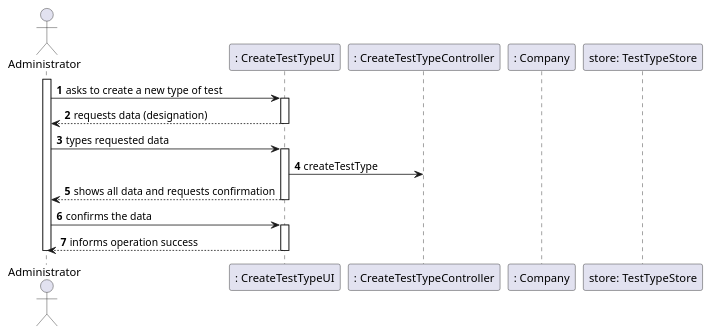
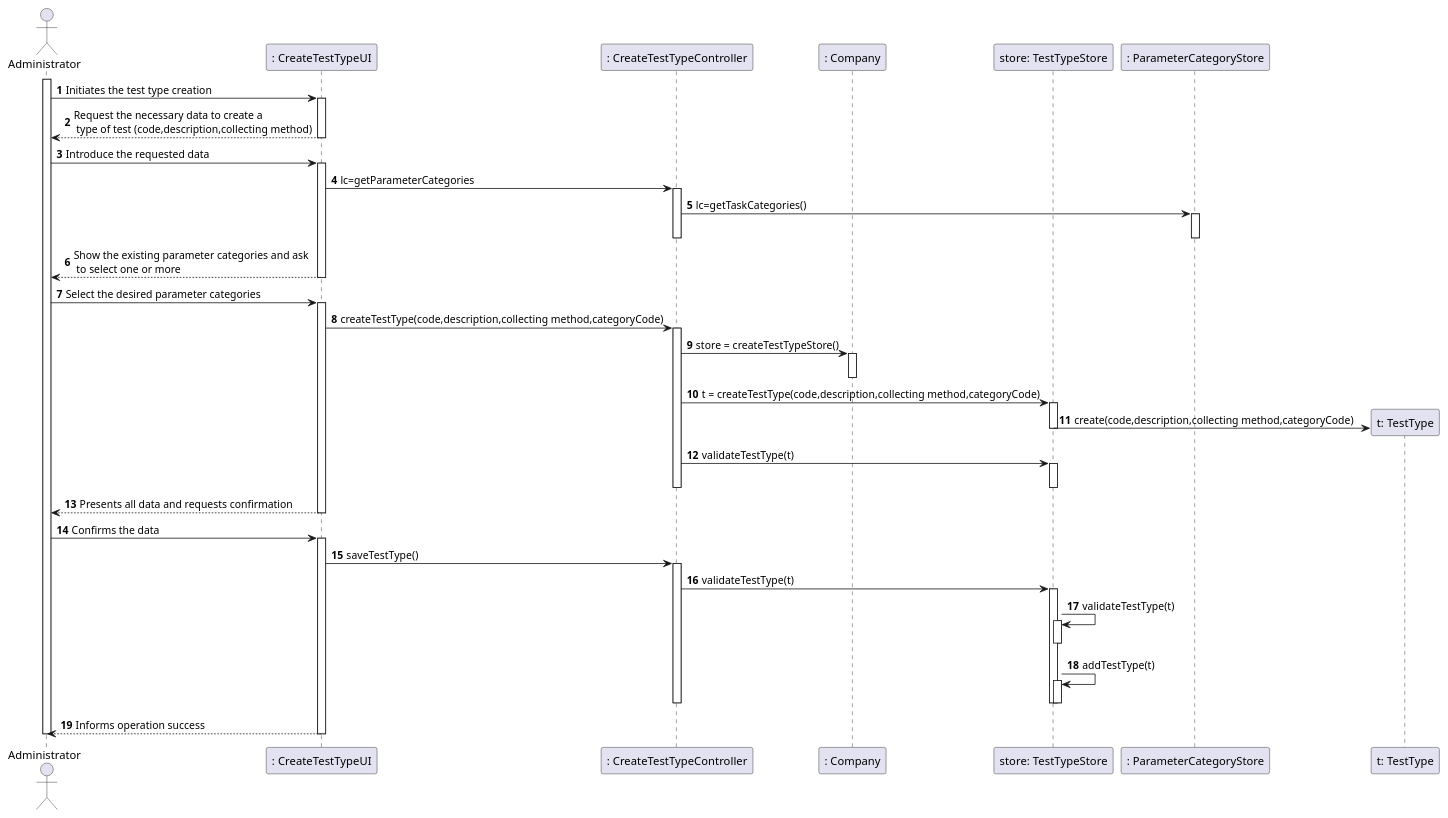
Before and after one commit to manu-07-ela/LAPR2_ISEP: the diagram in docs/SprintB/US09/US09_SD.puml, drawn with PlantUML. The commit also changed 3 other files, not shown here.

```diff
--- a/docs/SprintB/US09/US09_SD.puml
+++ b/docs/SprintB/US09/US09_SD.puml
@@ -1,33 +1,70 @@
 @startuml
 autonumber
 'hide footbox
 actor "Administrator" as Adm
 
 participant ": CreateTestTypeUI" as UI
 participant ": CreateTestTypeController" as CTRL
 participant ": Company" as Comp
 participant "store: TestTypeStore" as str
+participant ": ParameterCategoryStore" as PC
+participant "t: TestType" as TT
 
 activate Adm
-Adm -> UI : asks to create a new type of test
+Adm -> UI : Initiates the test type creation
 activate UI
-UI --> Adm : requests data (designation)
+UI --> Adm : Request the necessary data to create a\n type of test (code,description,collecting method)
 deactivate UI
 
-Adm -> UI : types requested data
+Adm -> UI : Introduce the requested data
 activate UI
-UI -> CTRL : createTestType
-UI --> Adm : shows all data and requests confirmation
+UI -> CTRL : lc=getParameterCategories
+activate CTRL
+CTRL -> PC : lc=getTaskCategories()
+activate PC
+deactivate PC
+deactivate CTRL
+UI --> Adm : Show the existing parameter categories and ask\n to select one or more
 deactivate UI
 
-Adm -> UI : confirms the data
+Adm -> UI : Select the desired parameter categories
 activate UI
-UI --> Adm : informs operation success
+UI -> CTRL : createTestType(code,description,collecting method,categoryCode)
+activate CTRL
+CTRL -> Comp : store = createTestTypeStore()
+activate Comp
+deactivate Comp
+CTRL -> str : t = createTestType(code,description,collecting method,categoryCode)
+activate str
+str -> TT** : create(code,description,collecting method,categoryCode)
+deactivate str
+CTRL -> str : validateTestType(t)
+activate str
+deactivate str
+deactivate CTRL
+UI --> Adm : Presents all data and requests confirmation
+deactivate UI
+
+Adm -> UI: Confirms the data
+activate UI
+UI -> CTRL: saveTestType()
+activate CTRL
+CTRL -> str : validateTestType(t)
+activate str
+str -> str : validateTestType(t)
+activate str
+deactivate str
+str ->str : addTestType(t)
+activate str
+deactivate str
+deactivate str
+deactivate CTRL
+UI --> Adm : Informs operation success
 deactivate UI
 
 deactivate Adm
 
 
 
 
 @enduml
```
